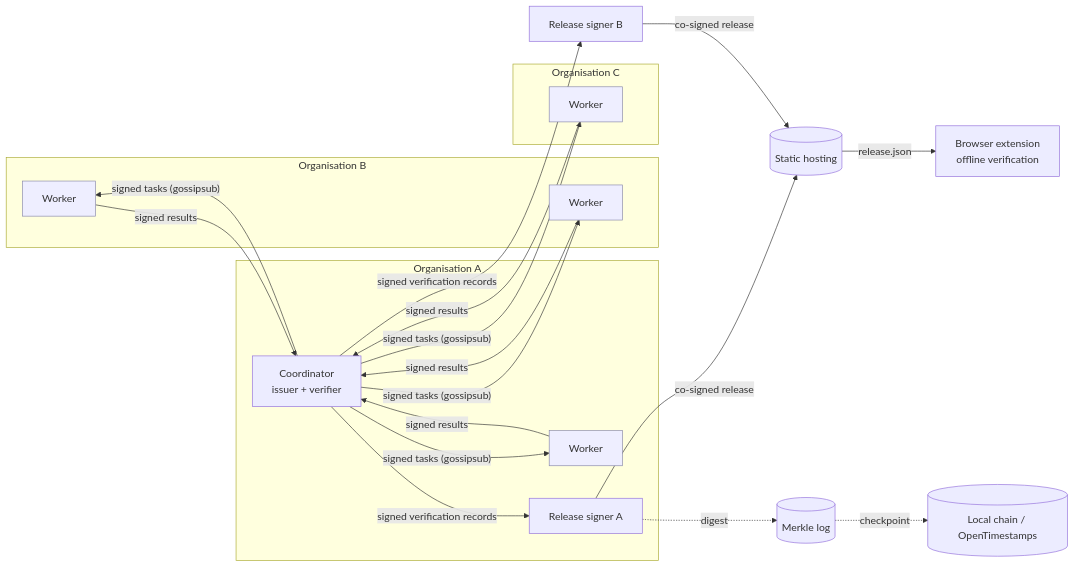
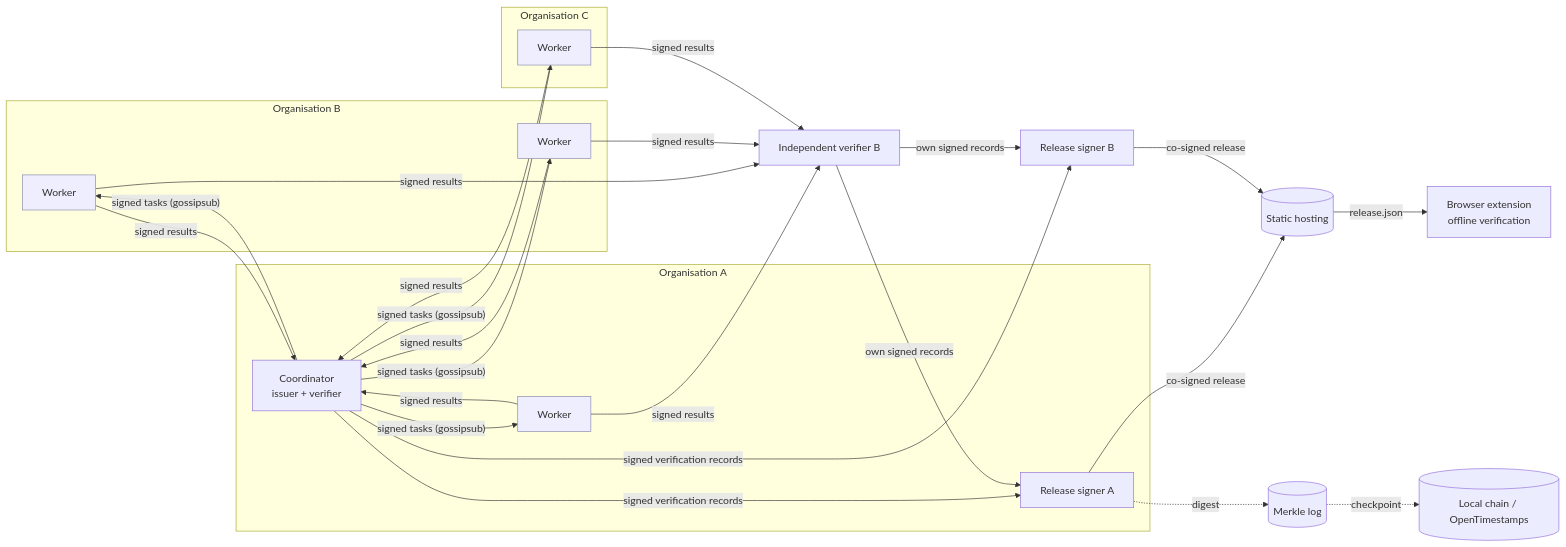
Before and after one commit to BAder82t/CyberMesh: the diagram in README.md, drawn with Mermaid. The commit also changed other lines of this file and 40 other files, not shown here.

First line of the commit message:
feat: independent verifiers and a release verifier quorum (#2)

````diff
--- a/README.md
+++ b/README.md
@@ -43,23 +43,25 @@
 ```mermaid
 flowchart LR
   subgraph OrgB[Organisation B]
     WB1[Worker]:::w
     WB2[Worker]:::w
   end
   subgraph OrgC[Organisation C]
     WC[Worker]:::w
   end
   subgraph OrgA[Organisation A]
     C[Coordinator<br/>issuer + verifier]
     WA[Worker]:::w
     RA[Release signer A]
   end
   RB[Release signer B]
+  VB[Independent verifier B]
   C -- signed tasks (gossipsub) --> WA & WB1 & WB2 & WC
-  WA & WB1 & WB2 & WC -- signed results --> C
+  WA & WB1 & WB2 & WC -- signed results --> C & VB
   C -- signed verification records --> RA & RB
+  VB -- own signed records --> RA & RB
   RA & RB -- co-signed release --> CDN[(Static hosting)]
   CDN -- release.json --> EXT[Browser extension<br/>offline verification]
   RA -. digest .-> LOG[(Merkle log)] -. checkpoint .-> ANCHOR[(Local chain / OpenTimestamps)]
   classDef w fill:#eef,stroke:#88a
 ```
````
